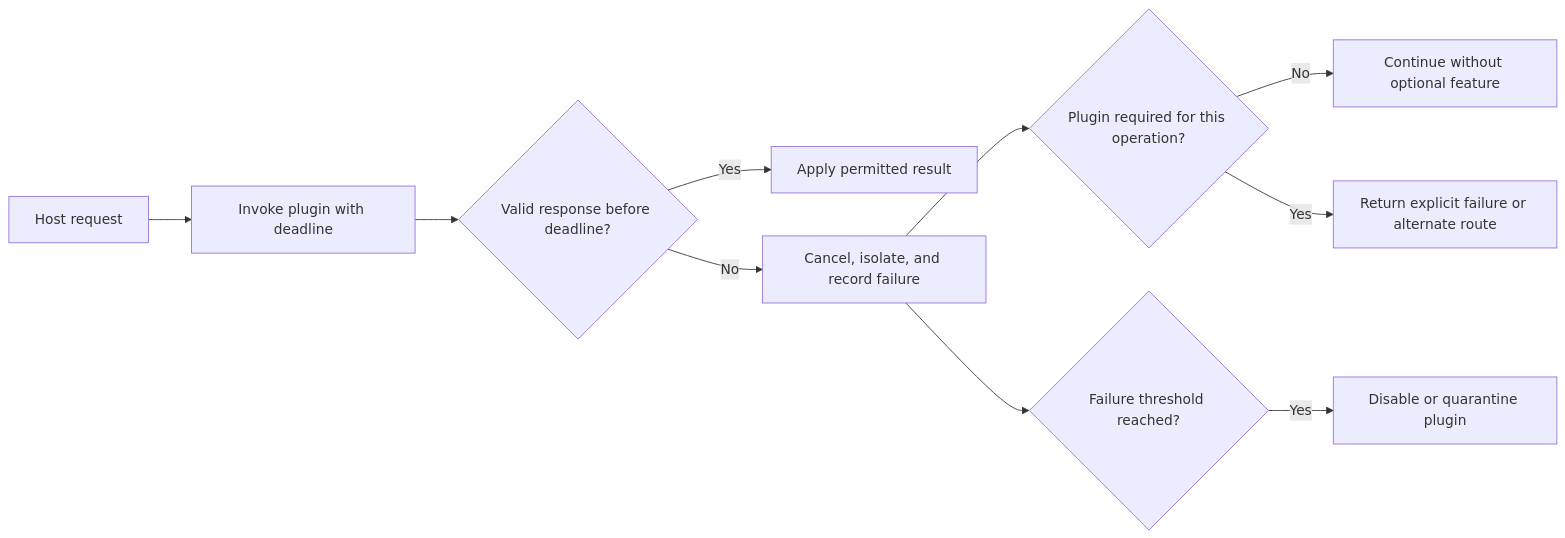
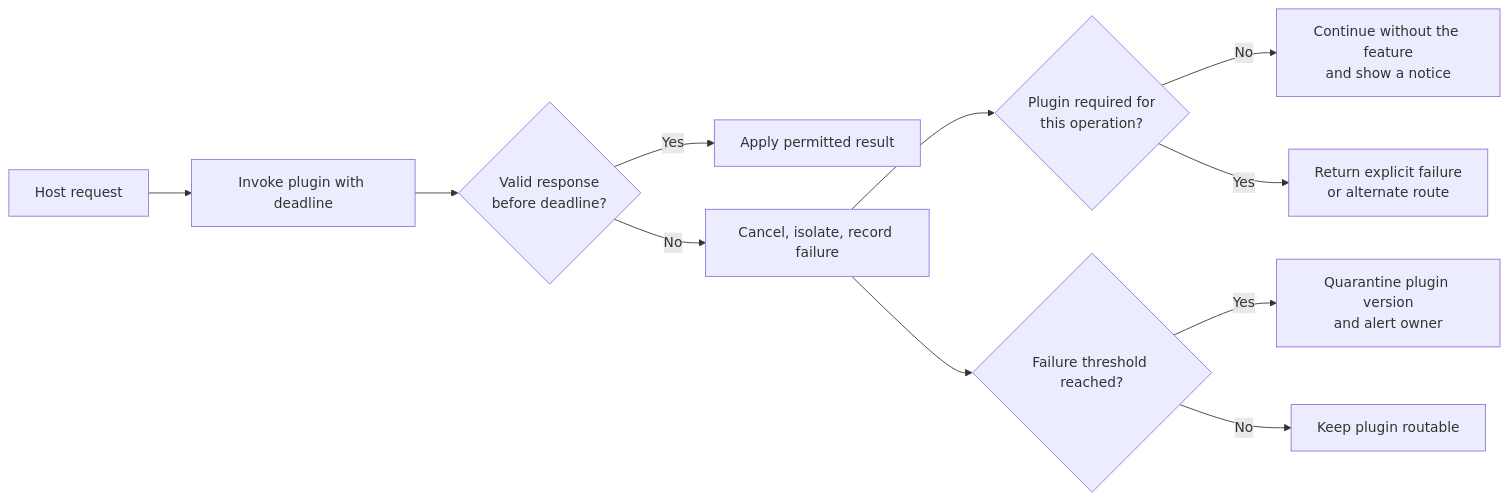
One commit to joydasss/Architect changed the eighth of 11 diagrams in 20_Architecture_Patterns/CH14_Plugin_Architecture.md. Above: the diagram before and after it, drawn with Mermaid. The commit also changed other lines of this file and 295 other files, not shown here.

````diff
--- a/20_Architecture_Patterns/CH14_Plugin_Architecture.md
+++ b/20_Architecture_Patterns/CH14_Plugin_Architecture.md
@@ -91,12 +696,13 @@
 ```mermaid
 flowchart LR
-    Host[Host request] --> PluginCall[Invoke plugin with deadline]
-    PluginCall --> Validate{Valid response before deadline?}
-    Validate -->|Yes| Apply[Apply permitted result]
-    Validate -->|No| Contain[Cancel, isolate, and record failure]
-    Contain --> Required{Plugin required for this operation?}
-    Required -->|No| Degrade[Continue without optional feature]
-    Required -->|Yes| Fail[Return explicit failure or alternate route]
-    Contain --> Threshold{Failure threshold reached?}
-    Threshold -->|Yes| Disable[Disable or quarantine plugin]
+    Host["Host request"] --> Call["Invoke plugin with deadline"]
+    Call --> Check{"Valid response<br/>before deadline?"}
+    Check -->|"Yes"| Apply["Apply permitted result"]
+    Check -->|"No"| Contain["Cancel, isolate, record failure"]
+    Contain --> Req{"Plugin required for<br/>this operation?"}
+    Req -->|"No"| Degrade["Continue without the feature<br/>and show a notice"]
+    Req -->|"Yes"| Fail["Return explicit failure<br/>or alternate route"]
+    Contain --> Thr{"Failure threshold reached?"}
+    Thr -->|"Yes"| Quar["Quarantine plugin version<br/>and alert owner"]
+    Thr -->|"No"| Next["Keep plugin routable"]
 ```
````
